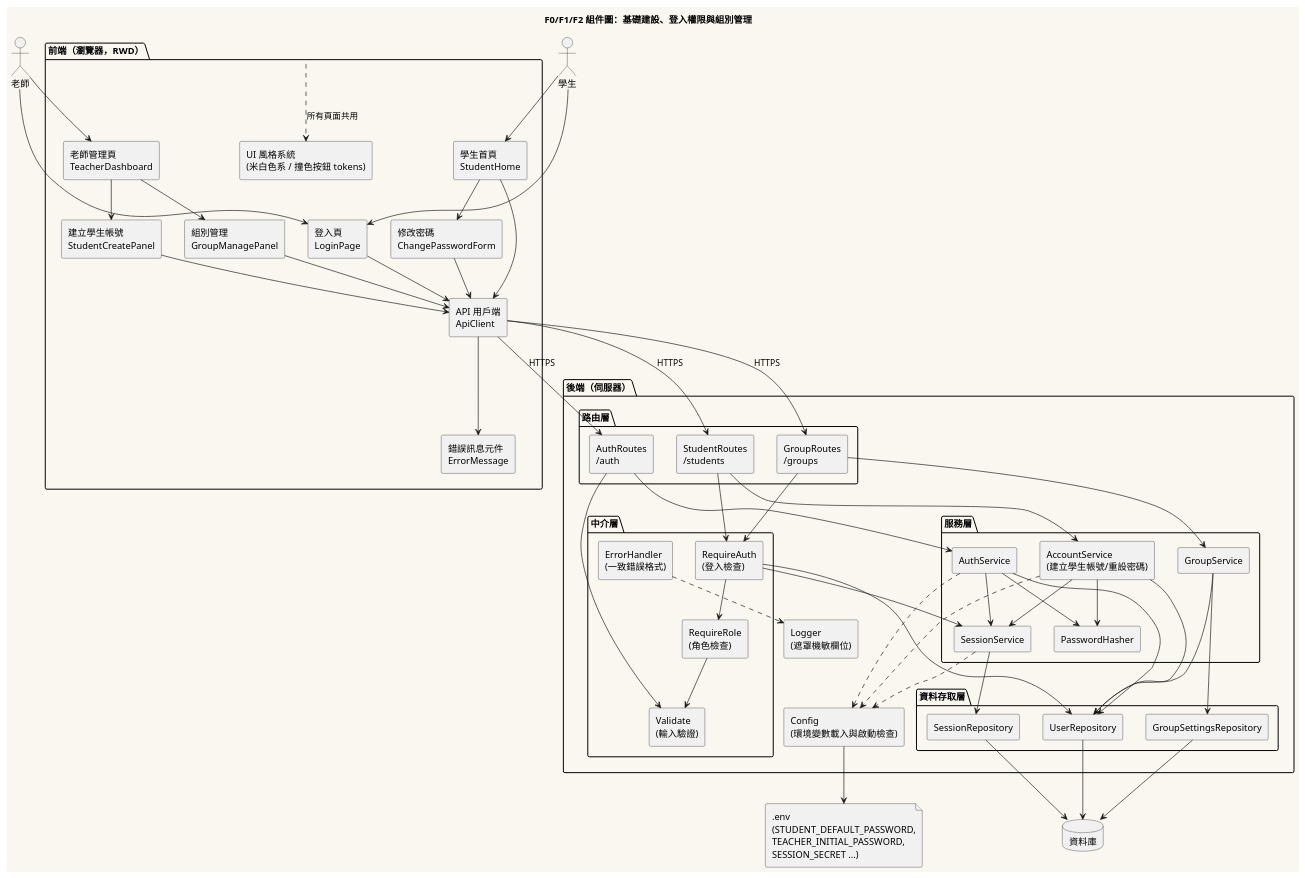
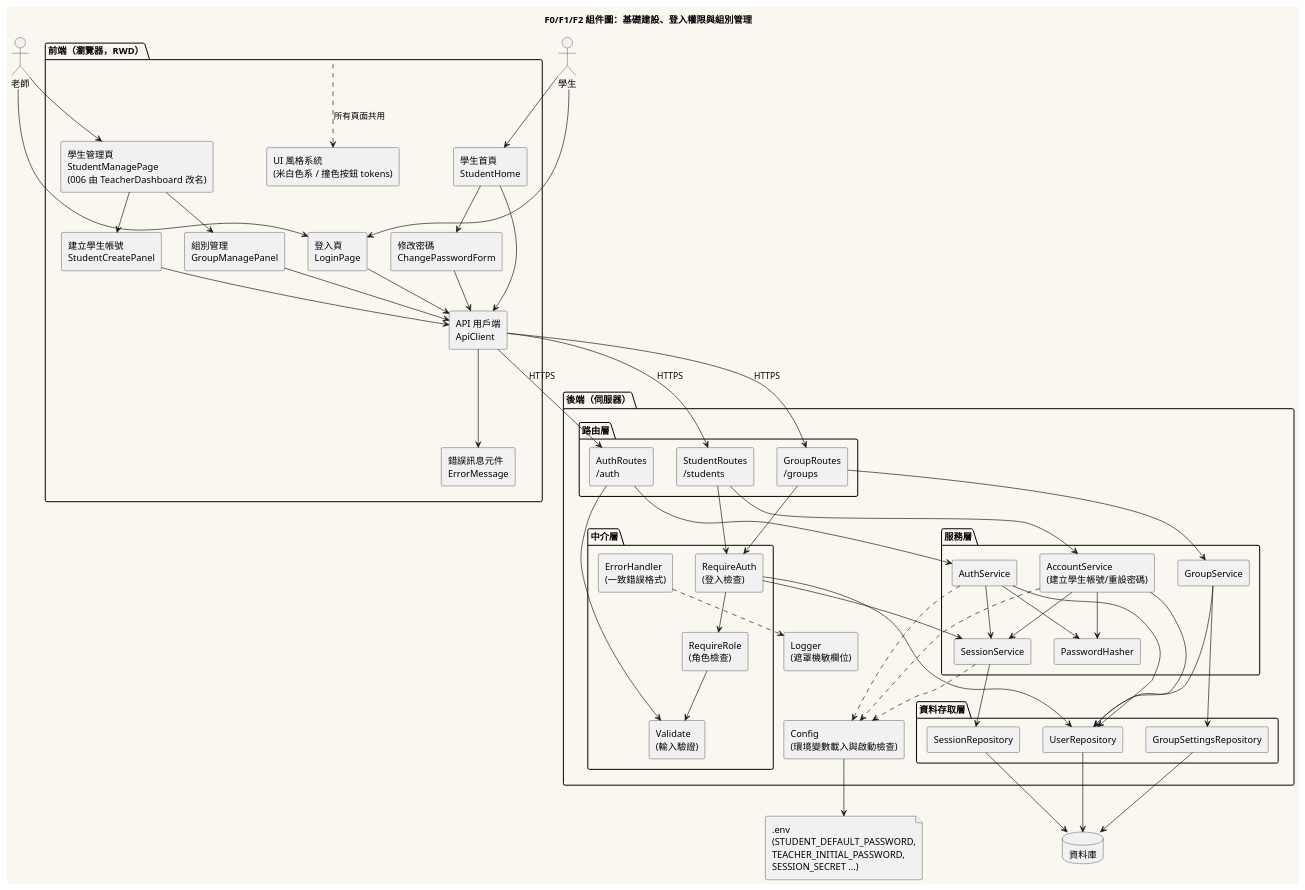
One commit to Ennn-1023/SE_project changed the diagram in diagrams/001-component.puml. Above: the diagram before and after it, drawn with PlantUML. The commit also changed 55 other files, not shown here.

```diff
--- a/diagrams/001-component.puml
+++ b/diagrams/001-component.puml
@@ -1,106 +1,106 @@
 @startuml 001-component
 title F0/F1/F2 組件圖：基礎建設、登入權限與組別管理
 
 skinparam componentStyle rectangle
 skinparam backgroundColor #FAF7F0
 skinparam shadowing false
 
 actor "老師" as Teacher
 actor "學生" as Student
 
 package "前端（瀏覽器，RWD）" as FE {
   [UI 風格系統\n(米白色系 / 撞色按鈕 tokens)] as Theme
   [登入頁\nLoginPage] as LoginPage
-  [老師管理頁\nTeacherDashboard] as TeacherPage
+  [學生管理頁\nStudentManagePage\n(006 由 TeacherDashboard 改名)] as TeacherPage
   [建立學生帳號\nStudentCreatePanel] as CreatePanel
   [組別管理\nGroupManagePanel] as GroupManage
   [學生首頁\nStudentHome] as StudentHome
   [修改密碼\nChangePasswordForm] as ChangePwd
   [API 用戶端\nApiClient] as ApiClient
   [錯誤訊息元件\nErrorMessage] as ErrorView
 }
 
 package "後端（伺服器）" as BE {
   package "路由層" {
     [AuthRoutes\n/auth] as AuthRoutes
     [StudentRoutes\n/students] as StudentRoutes
     [GroupRoutes\n/groups] as GroupRoutes
   }
   package "中介層" {
     [RequireAuth\n(登入檢查)] as RequireAuth
     [RequireRole\n(角色檢查)] as RequireRole
     [Validate\n(輸入驗證)] as Validate
     [ErrorHandler\n(一致錯誤格式)] as ErrorHandler
   }
   package "服務層" {
     [AuthService] as AuthService
     [SessionService] as SessionService
     [AccountService\n(建立學生帳號/重設密碼)] as AccountService
     [GroupService] as GroupService
     [PasswordHasher] as Hasher
   }
   package "資料存取層" {
     [UserRepository] as UserRepo
     [SessionRepository] as SessionRepo
     [GroupSettingsRepository] as GroupRepo
   }
   [Config\n(環境變數載入與啟動檢查)] as Config
   [Logger\n(遮罩機敏欄位)] as Logger
 }
 
 database "資料庫" as DB
 file ".env\n(STUDENT_DEFAULT_PASSWORD,\nTEACHER_INITIAL_PASSWORD,\nSESSION_SECRET ...)" as EnvFile
 
 Teacher --> LoginPage
 Student --> LoginPage
 Teacher --> TeacherPage
 Student --> StudentHome
 
 TeacherPage --> CreatePanel
 TeacherPage --> GroupManage
 StudentHome --> ChangePwd
 
 LoginPage --> ApiClient
 CreatePanel --> ApiClient
 GroupManage --> ApiClient
 StudentHome --> ApiClient
 ChangePwd --> ApiClient
 ApiClient --> ErrorView
 FE ..> Theme : 所有頁面共用
 
 ApiClient --> AuthRoutes : HTTPS
 ApiClient --> StudentRoutes : HTTPS
 ApiClient --> GroupRoutes : HTTPS
 
 AuthRoutes --> Validate
 StudentRoutes --> RequireAuth
 GroupRoutes --> RequireAuth
 RequireAuth --> RequireRole
 RequireRole --> Validate
 
 AuthRoutes --> AuthService
 StudentRoutes --> AccountService
 GroupRoutes --> GroupService
 
 AuthService --> SessionService
 AuthService --> Hasher
 AuthService --> UserRepo
 AccountService --> Hasher
 AccountService --> UserRepo
 AccountService --> SessionService
 GroupService --> UserRepo
 GroupService --> GroupRepo
 SessionService --> SessionRepo
 RequireAuth --> SessionService
 RequireAuth --> UserRepo
 
 UserRepo --> DB
 SessionRepo --> DB
 GroupRepo --> DB
 
 Config --> EnvFile
 AuthService ..> Config
 AccountService ..> Config
 SessionService ..> Config
 ErrorHandler ..> Logger
 @enduml
```
